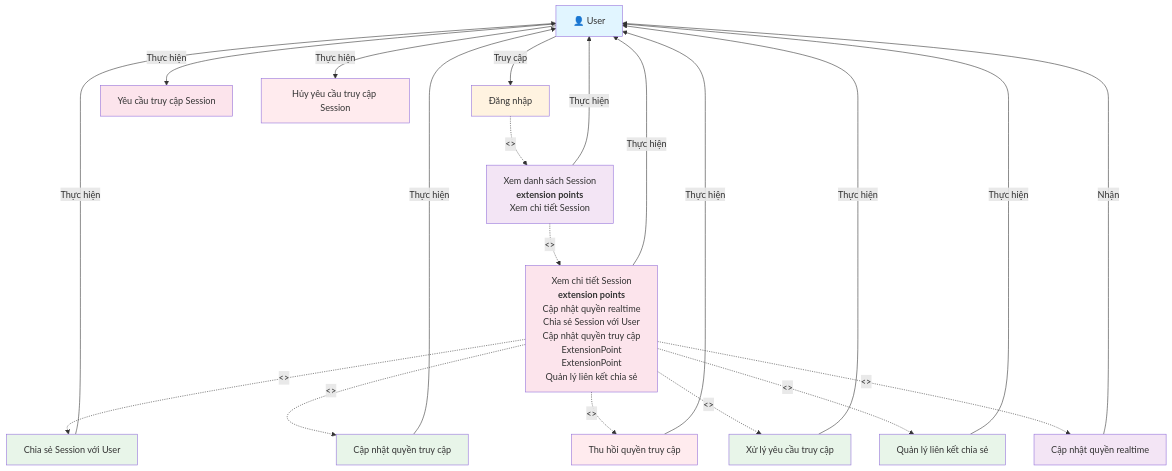
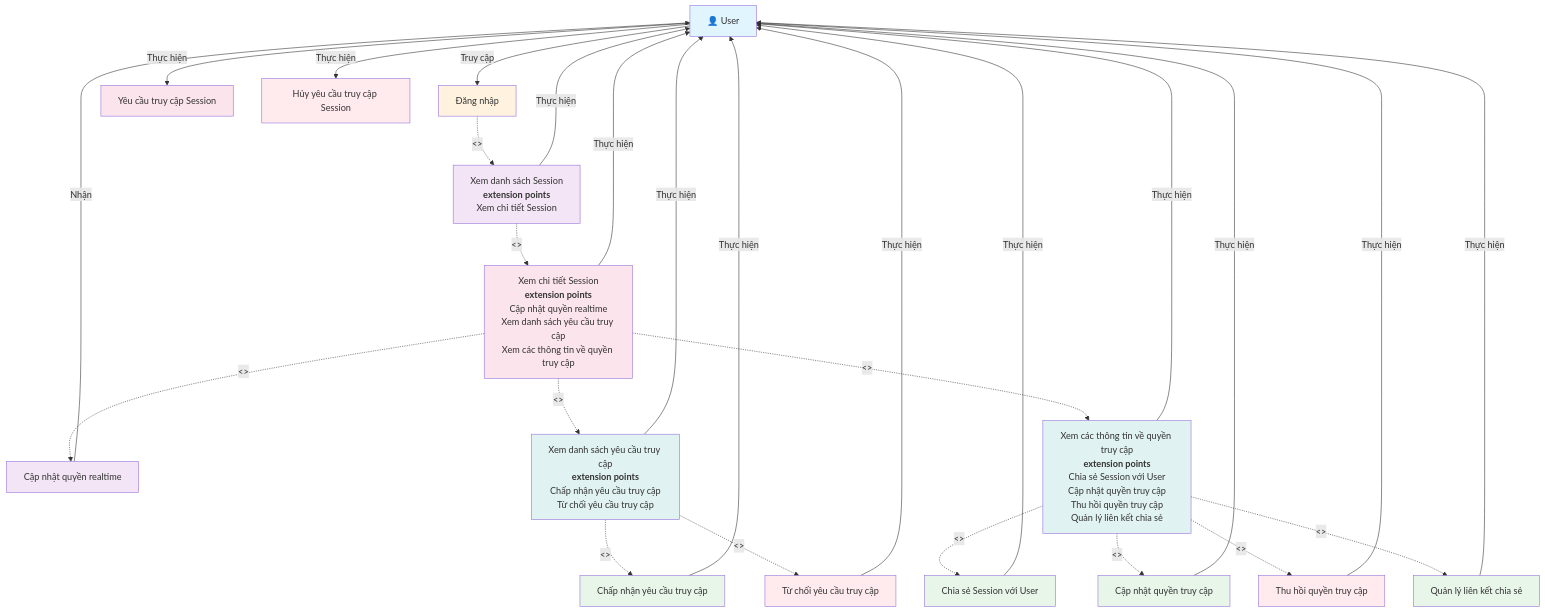
One commit to mduc-2610/gp_doc changed the diagram in session_access/1_session_access_usecase.md. Above: the diagram before and after it, drawn with Mermaid. The commit also changed other lines of this file and 25 other files, not shown here.

````diff
--- a/session_access/1_session_access_usecase.md
+++ b/session_access/1_session_access_usecase.md
@@ -3,59 +3,76 @@
 ```mermaid
 graph TB
     User["👤 User"]
     
     Login["Đăng nhập"]
     ListSessions["Xem danh sách Session<br/><b>extension points</b><br/>Xem chi tiết Session"]
-    ViewSessionDetail["Xem chi tiết Session<br/><b>extension points</b><br/>Cập nhật quyền realtime<br/>Chia sẻ Session với User<br/>Cập nhật quyền truy cập<br/>ExtensionPoint<br/>ExtensionPoint<br/>Quản lý liên kết chia sẻ"]
+    ViewSessionDetail["Xem chi tiết Session<br/><b>extension points</b><br/>Cập nhật quyền realtime<br/>Xem danh sách yêu cầu truy cập<br/>Xem các thông tin về quyền truy cập"]
+    
+    ReceiveUpdate["Cập nhật quyền realtime"]
+    ViewRequestList["Xem danh sách yêu cầu truy cập<br/><b>extension points</b><br/>Chấp nhận yêu cầu truy cập<br/>Từ chối yêu cầu truy cập"]
+    ViewPermissionInfo["Xem các thông tin về quyền truy cập<br/><b>extension points</b><br/>Chia sẻ Session với User<br/>Cập nhật quyền truy cập<br/>Thu hồi quyền truy cập<br/>Quản lý liên kết chia sẻ"]
+    
+    AcceptRequest["Chấp nhận yêu cầu truy cập"]
+    RejectRequest["Từ chối yêu cầu truy cập"]
     
     ShareSession["Chia sẻ Session với User"]
     UpdatePermission["Cập nhật quyền truy cập"]
     RevokePermission["Thu hồi quyền truy cập"]
-    HandleRequest["Xử lý yêu cầu truy cập"]
     ManageLink["Quản lý liên kết chia sẻ"]
-    ReceiveUpdate["Cập nhật quyền realtime"]
     
     RequestAccess["Yêu cầu truy cập Session"]
     CancelRequest["Hủy yêu cầu truy cập Session"]
     
     User -->|Truy cập| Login
     Login -.->|<<Include>>| ListSessions
     ListSessions -->|Thực hiện| User
     
     ListSessions -.->|<<Extend>>| ViewSessionDetail
     ViewSessionDetail -->|Thực hiện| User
     
-    ViewSessionDetail -.->|<<Extend>>| ShareSession
+    ViewSessionDetail -.->|<<Extend>>| ReceiveUpdate
+    ReceiveUpdate -->|Nhận| User
+    
+    ViewSessionDetail -.->|<<Extend>>| ViewRequestList
+    ViewRequestList -->|Thực hiện| User
+    
+    ViewRequestList -.->|<<Extend>>| AcceptRequest
+    AcceptRequest -->|Thực hiện| User
+    
+    ViewRequestList -.->|<<Extend>>| RejectRequest
+    RejectRequest -->|Thực hiện| User
+    
+    ViewSessionDetail -.->|<<Extend>>| ViewPermissionInfo
+    ViewPermissionInfo -->|Thực hiện| User
+    
+    ViewPermissionInfo -.->|<<Extend>>| ShareSession
     ShareSession -->|Thực hiện| User
     
-    ViewSessionDetail -.->|<<Extend>>| UpdatePermission
+    ViewPermissionInfo -.->|<<Extend>>| UpdatePermission
     UpdatePermission -->|Thực hiện| User
     
-    ViewSessionDetail -.->|<<Extend>>| RevokePermission
+    ViewPermissionInfo -.->|<<Extend>>| RevokePermission
     RevokePermission -->|Thực hiện| User
     
-    ViewSessionDetail -.->|<<Extend>>| HandleRequest
-    HandleRequest -->|Thực hiện| User
-    
-    ViewSessionDetail -.->|<<Extend>>| ManageLink
+    ViewPermissionInfo -.->|<<Extend>>| ManageLink
     ManageLink -->|Thực hiện| User
-    
-    ViewSessionDetail -.->|<<Extend>>| ReceiveUpdate
-    ReceiveUpdate -->|Nhận| User
     
     User -->|Thực hiện| RequestAccess
     User -->|Thực hiện| CancelRequest
     
     style User fill:#e1f5ff
     style Login fill:#fff3e0
     style ListSessions fill:#f3e5f5
     style ViewSessionDetail fill:#fce4ec
+    style ReceiveUpdate fill:#f3e5f5
+    style ViewRequestList fill:#e0f2f1
+    style ViewPermissionInfo fill:#e0f2f1
+    style AcceptRequest fill:#e8f5e9
+    style RejectRequest fill:#ffebee
     style ShareSession fill:#e8f5e9
     style UpdatePermission fill:#e8f5e9
     style RevokePermission fill:#ffebee
-    style HandleRequest fill:#e8f5e9
     style ManageLink fill:#e8f5e9
     style RequestAccess fill:#fce4ec
     style CancelRequest fill:#ffebee
-    style ReceiveUpdate fill:#f3e5f5
 ```
````
